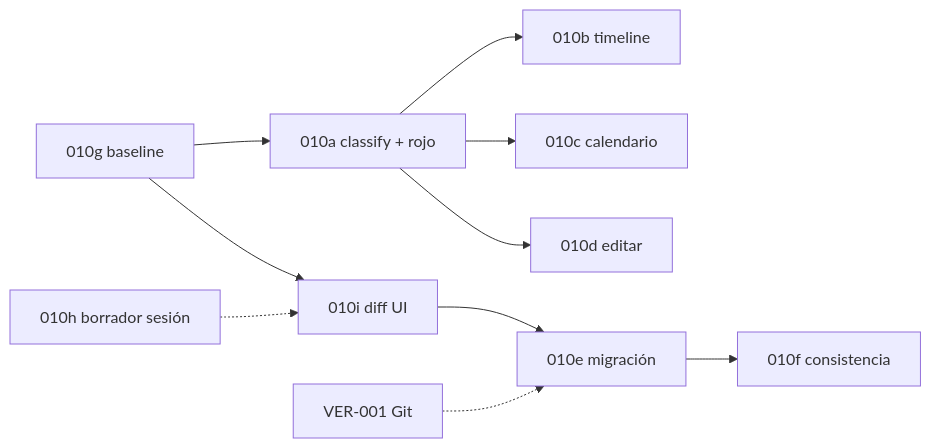
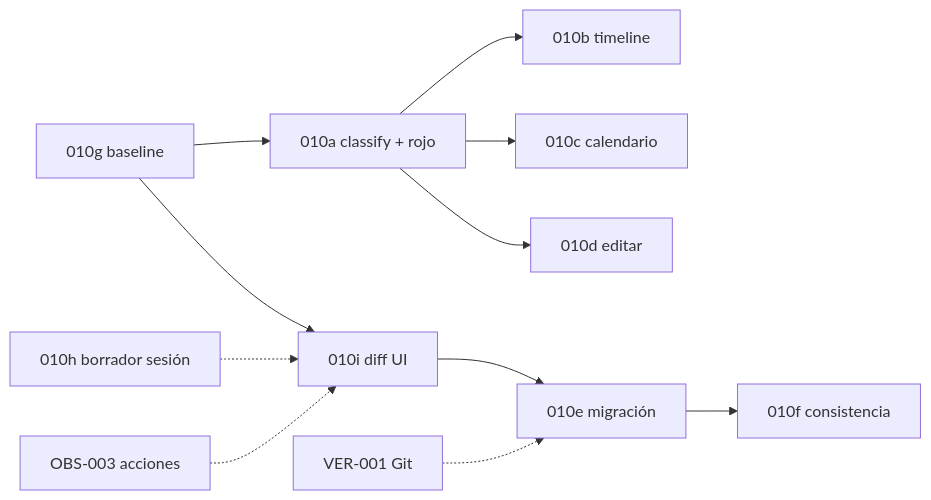
The diagram in _docs2/specs/plans/Fase D/FIX-010-calendar-stale-time-chips.md (ZackScd/NarraLith), drawn with Mermaid before and after one commit. The commit also changed other lines of this file and 3 other files, not shown here.

````diff
--- a/_docs2/specs/plans/Fase D/FIX-010-calendar-stale-time-chips.md
+++ b/_docs2/specs/plans/Fase D/FIX-010-calendar-stale-time-chips.md
@@ -38,12 +38,13 @@
 ```mermaid
 flowchart LR
   g[010g baseline] --> a[010a classify + rojo]
   a --> b[010b timeline]
   a --> c[010c calendario]
   a --> d[010d editar]
   g --> i[010i diff UI]
   i --> e[010e migración]
   h[010h borrador sesión] -.-> i
+  obs[OBS-003 acciones] -.-> i
   e --> f[010f consistencia]
   ver[VER-001 Git] -.-> e
 ```
````
